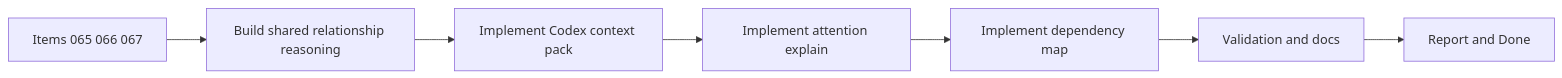
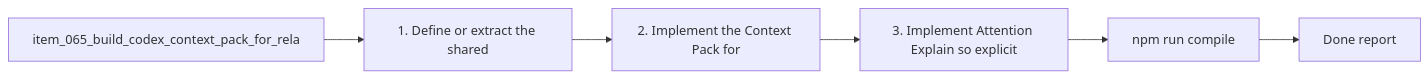
One commit to AlexAgo83/logics-manager changed the diagram in logics/tasks/task_070_orchestration_delivery_for_req_056_context_pack_attention_explain_and_dependency_map.md. Above: the diagram before and after it, drawn with Mermaid. The commit also changed other lines of this file and 481 other files, not shown here.

````diff
--- a/logics/tasks/task_070_orchestration_delivery_for_req_056_context_pack_attention_explain_and_dependency_map.md
+++ b/logics/tasks/task_070_orchestration_delivery_for_req_056_context_pack_attention_explain_and_dependency_map.md
@@ -26,10 +26,10 @@
 ```mermaid
+%% logics-kind: task
 %% logics-signature: task|orchestration-delivery-for-req-056-conte|item-065-build-codex-context-pack-for-re|1-define-or-extract-the-shared|npm-run-compile
 flowchart LR
-    Backlog[Items 065 066 067] --> Step1[Build shared relationship reasoning]
-    Step1 --> Step2[Implement Codex context pack]
-    Step2 --> Step3[Implement attention explain]
-    Step3 --> Step4[Implement dependency map]
-    Step4 --> Validation[Validation and docs]
-    Validation --> Report[Report and Done]
+    Backlog[item_065_build_codex_context_pack_for_rela] --> Step1[1. Define or extract the shared]
+    Step1 --> Step2[2. Implement the Context Pack for]
+    Step2 --> Step3[3. Implement Attention Explain so explicit]
+    Step3 --> Validation[npm run compile]
+    Validation --> Report[Done report]
 ```
````
